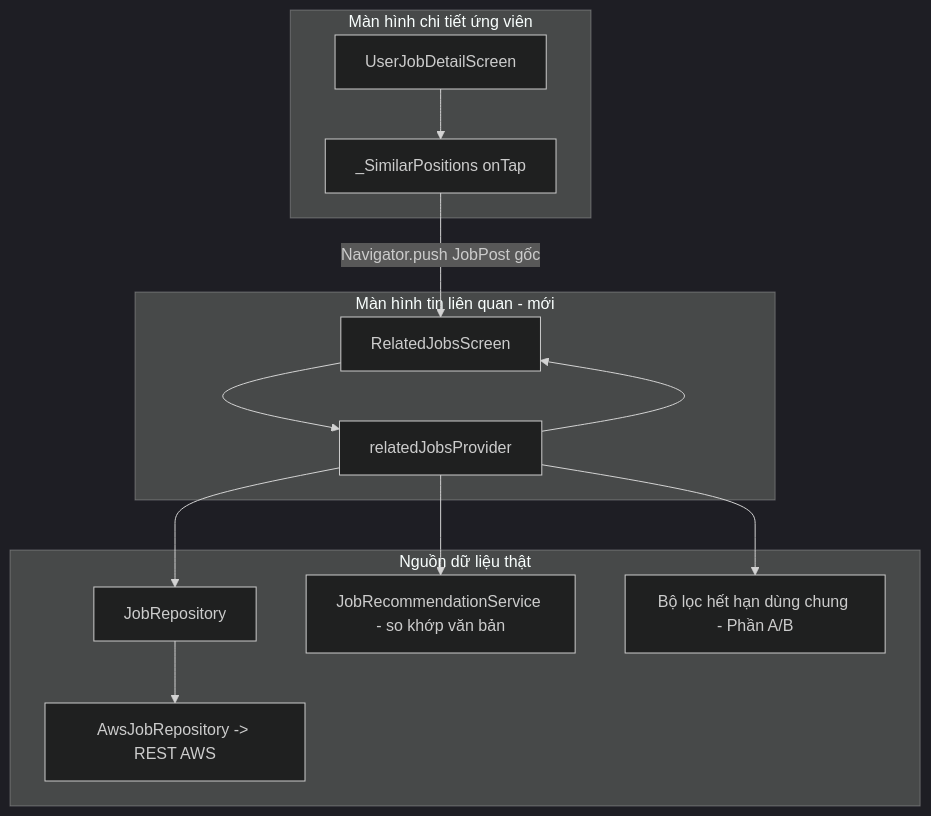
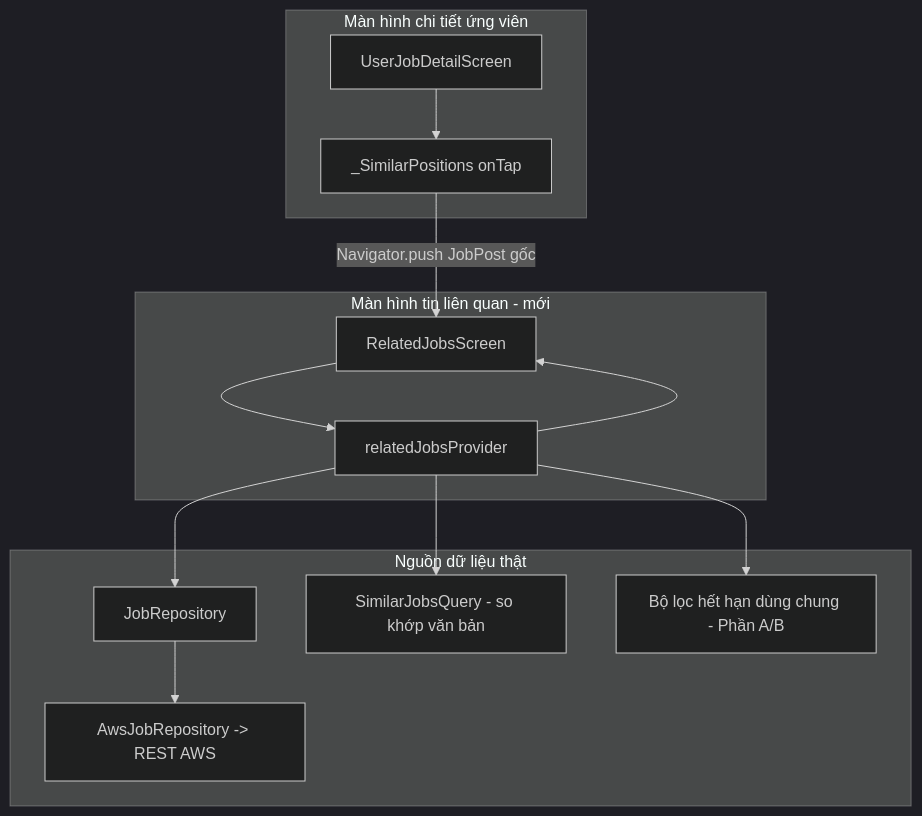
Before and after one commit to HD-2004/OppoApp: the fifth of 6 diagrams in .kiro/specs/job-posting-expiration/design.md, drawn with Mermaid (dark theme). The commit also changed other lines of this file and 44 other files, not shown here.

````diff
--- a/.kiro/specs/job-posting-expiration/design.md
+++ b/.kiro/specs/job-posting-expiration/design.md
@@ -537,26 +537,26 @@
 ```mermaid
 graph TD
     subgraph Detail[Màn hình chi tiết ứng viên]
         UJD[UserJobDetailScreen]
         SIM[_SimilarPositions onTap]
     end
 
     subgraph Related[Màn hình tin liên quan - mới]
         RLS[RelatedJobsScreen]
         RLP[relatedJobsProvider]
     end
 
     subgraph Data[Nguồn dữ liệu thật]
         JR[JobRepository]
         AWS[AwsJobRepository -> REST AWS]
-        REC[JobRecommendationService - so khớp văn bản]
+        REL[SimilarJobsQuery - so khớp văn bản]
         DDL[Bộ lọc hết hạn dùng chung - Phần A/B]
     end
 
     UJD --> SIM
     SIM -->|Navigator.push JobPost gốc| RLS
     RLS --> RLP --> JR --> AWS
-    RLP --> REC
+    RLP --> REL
     RLP --> DDL
     RLP --> RLS
 ```
````
